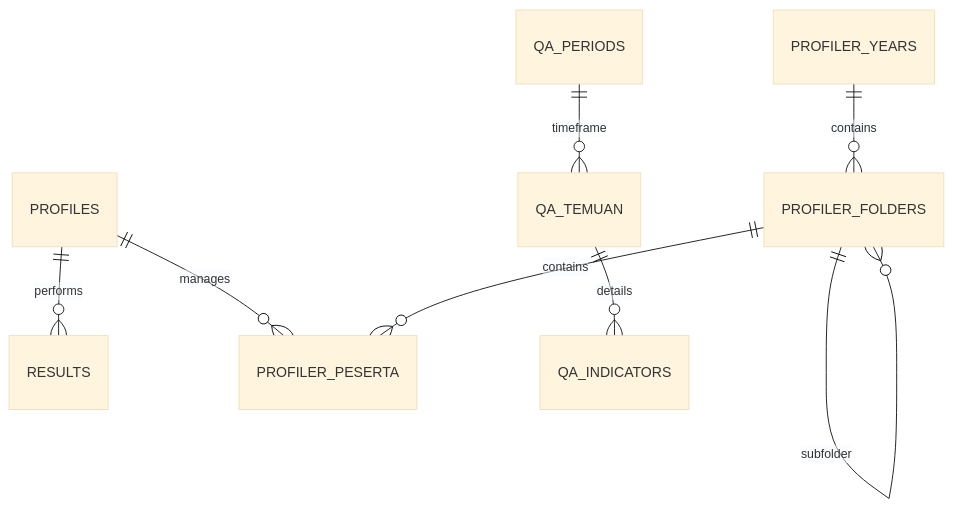
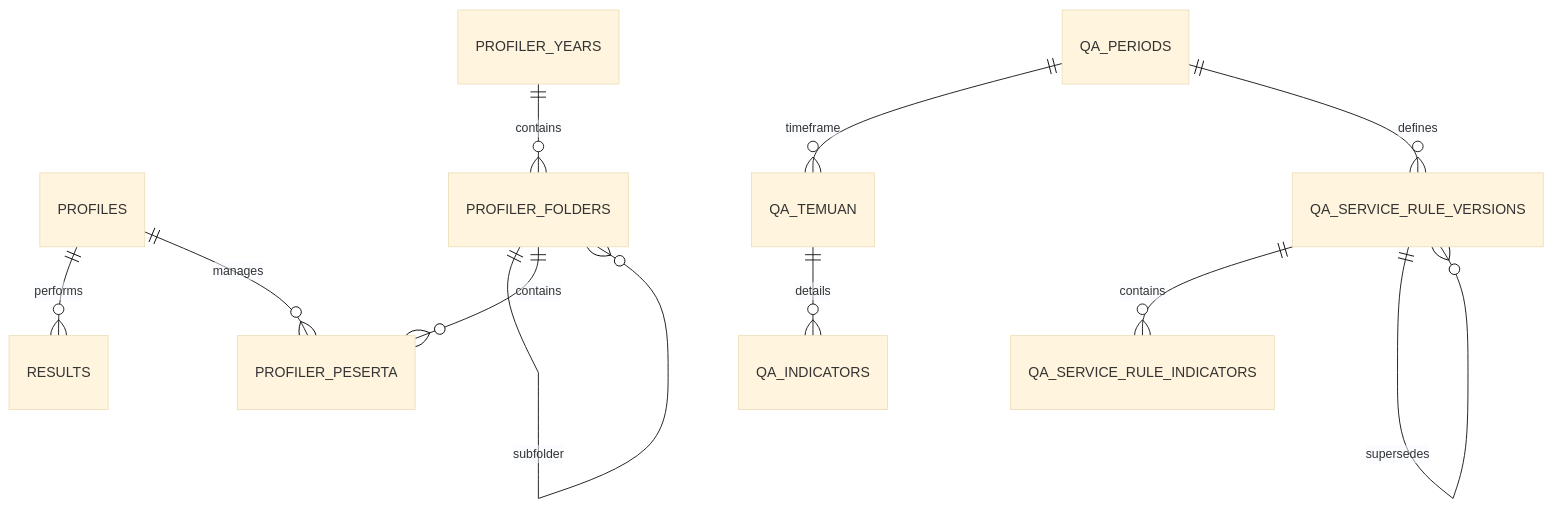
The diagram in docs/database.md (fajarabr76/Trainerssuperappnext), drawn with Mermaid (base theme) before and after one commit. The commit also changed other lines of this file and 2 other files, not shown here.

````diff
--- a/docs/database.md
+++ b/docs/database.md
@@ -7,10 +7,13 @@
 ```mermaid
 erDiagram
     PROFILES ||--o{ RESULTS : "performs"
     PROFILES ||--o{ PROFILER_PESERTA : "manages"
     PROFILER_YEARS ||--o{ PROFILER_FOLDERS : "contains"
     PROFILER_FOLDERS ||--o{ PROFILER_FOLDERS : "subfolder"
     PROFILER_FOLDERS ||--o{ PROFILER_PESERTA : "contains"
     QA_PERIODS ||--o{ QA_TEMUAN : "timeframe"
     QA_TEMUAN ||--o{ QA_INDICATORS : "details"
+    QA_PERIODS ||--o{ QA_SERVICE_RULE_VERSIONS : "defines"
+    QA_SERVICE_RULE_VERSIONS ||--o{ QA_SERVICE_RULE_INDICATORS : "contains"
+    QA_SERVICE_RULE_VERSIONS ||--o{ QA_SERVICE_RULE_VERSIONS : "supersedes"
 ```
````
